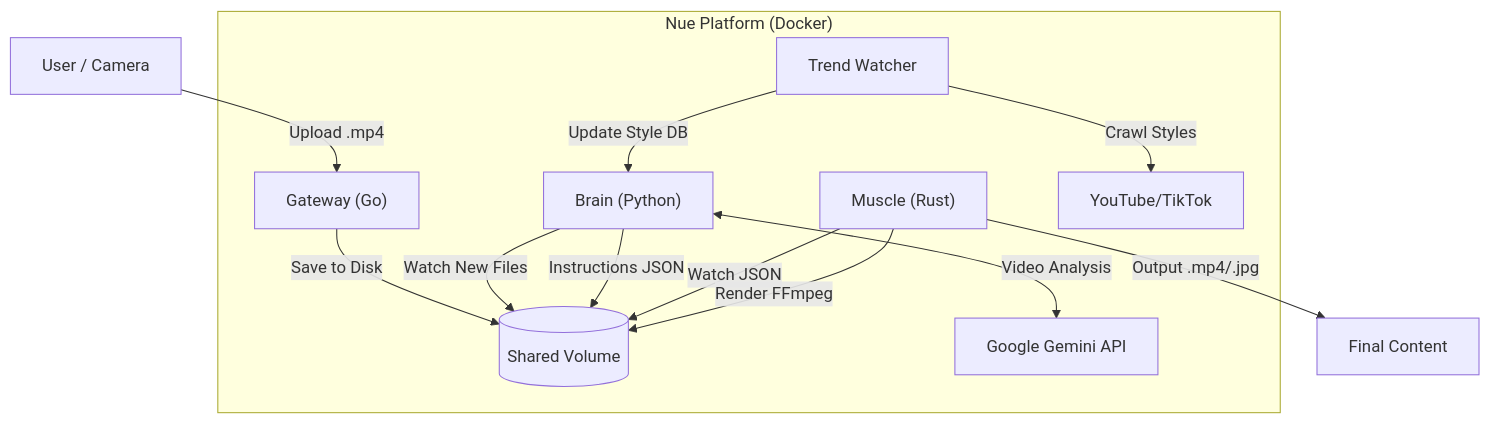
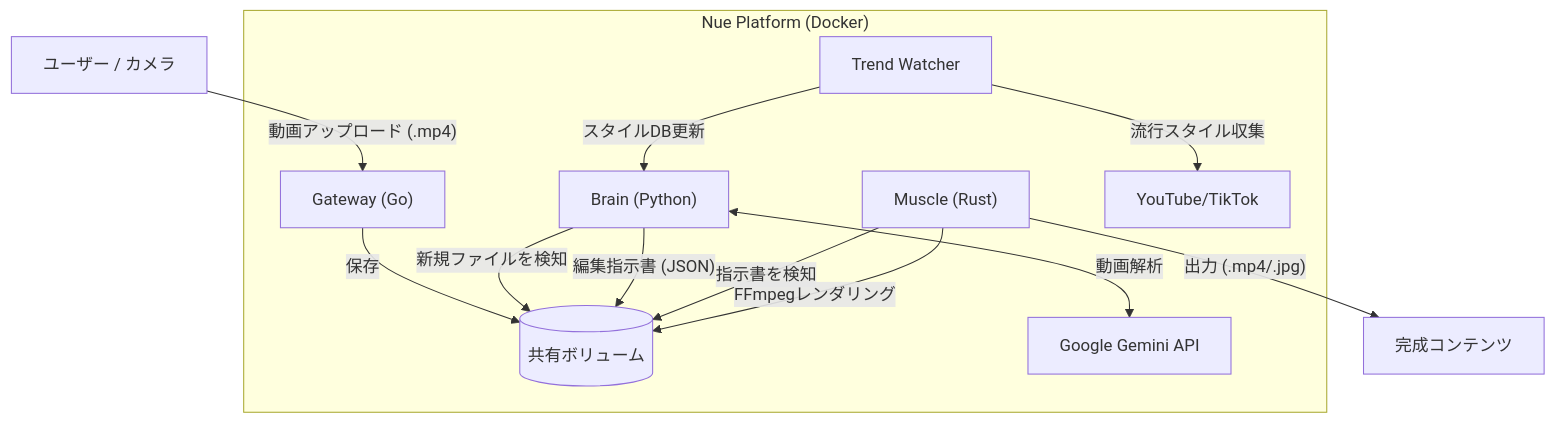
One commit to naki0227/nue changed the diagram in README.md. Above: the diagram before and after it, drawn with Mermaid. The commit also changed other lines of this file, not shown here.

````diff
--- a/README.md
+++ b/README.md
@@ -42,20 +42,20 @@
 ```mermaid
 graph TD
-    U["User / Camera"] -->|"Upload .mp4"| G
+    U["ユーザー / カメラ"] -->|"動画アップロード (.mp4)"| G
 
     subgraph "Nue Platform (Docker)"
-        G["Gateway (Go)"] -->|"Save to Disk"| V[("Shared Volume")]
+        G["Gateway (Go)"] -->|"保存"| V[("共有ボリューム")]
         
-        B["Brain (Python)"] -->|"Watch New Files"| V
-        B <-->|"Video Analysis"| Gem["Google Gemini API"]
-        B -->|"Instructions JSON"| V
+        B["Brain (Python)"] -->|"新規ファイルを検知"| V
+        B <-->|"動画解析"| Gem["Google Gemini API"]
+        B -->|"編集指示書 (JSON)"| V
         
-        M["Muscle (Rust)"] -->|"Watch JSON"| V
-        M -->|"Render FFmpeg"| V
+        M["Muscle (Rust)"] -->|"指示書を検知"| V
+        M -->|"FFmpegレンダリング"| V
         
-        T["Trend Watcher"] -->|"Crawl Styles"| YT["YouTube/TikTok"]
-        T -->|"Update Style DB"| B
+        T["Trend Watcher"] -->|"流行スタイル収集"| YT["YouTube/TikTok"]
+        T -->|"スタイルDB更新"| B
     end
     
-    M -->|"Output .mp4/.jpg"| O["Final Content"]
+    M -->|"出力 (.mp4/.jpg)"| O["完成コンテンツ"]
 ```
````
